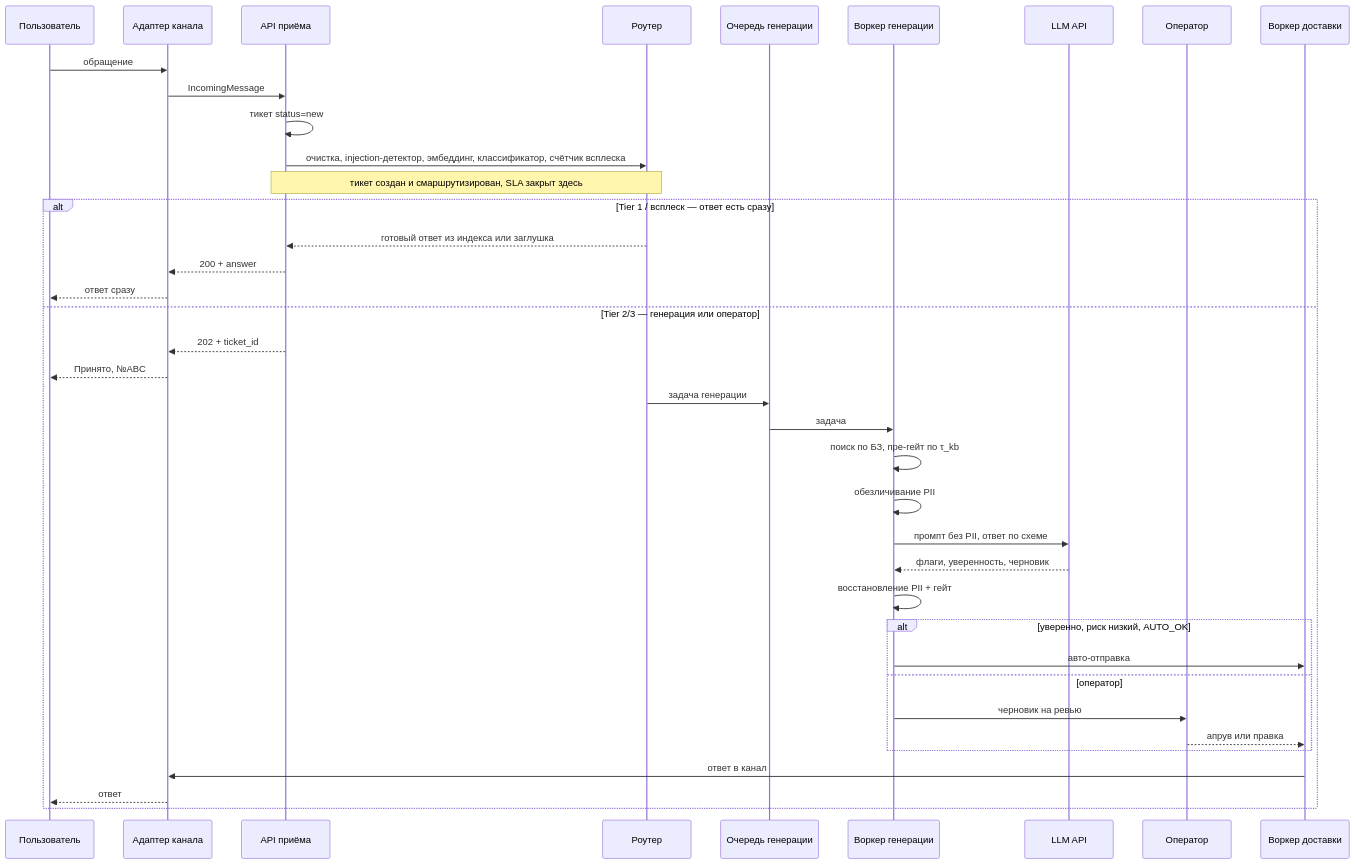
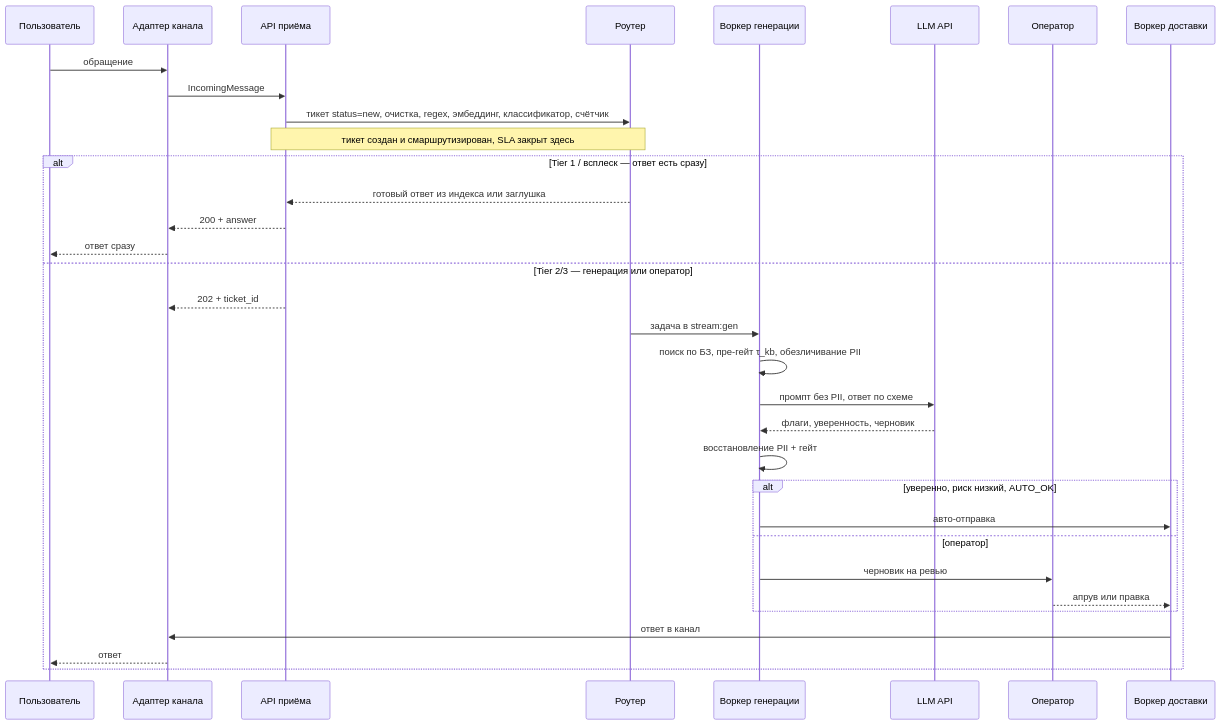
The second of 2 diagrams in docs/architecture.md (marijanbjc/System-Design), drawn with Mermaid before and after one commit. The commit also changed other lines of this file, not shown here.

````diff
--- a/docs/architecture.md
+++ b/docs/architecture.md
@@ -193,41 +158,36 @@
 ```mermaid
 sequenceDiagram
     participant U as Пользователь
     participant A as Адаптер канала
     participant API as API приёма
     participant R as Роутер
-    participant Q as Очередь генерации
     participant G as Воркер генерации
     participant L as LLM API
     participant OP as Оператор
     participant D as Воркер доставки
 
     U->>A: обращение
     A->>API: IncomingMessage
-    API->>API: тикет status=new
-    API->>R: очистка, injection-детектор, эмбеддинг, классификатор, счётчик всплеска
+    API->>R: тикет status=new, очистка, regex, эмбеддинг, классификатор, счётчик
     Note over API,R: тикет создан и смаршрутизирован, SLA закрыт здесь
     alt Tier 1 / всплеск — ответ есть сразу
         R-->>API: готовый ответ из индекса или заглушка
         API-->>A: 200 + answer
         A-->>U: ответ сразу
     else Tier 2/3 — генерация или оператор
         API-->>A: 202 + ticket_id
-        A-->>U: Принято, №ABC
-        R->>Q: задача генерации
-        Q->>G: задача
-        G->>G: поиск по БЗ, пре-гейт по τ_kb
-        G->>G: обезличивание PII
+        R->>G: задача в stream:gen
+        G->>G: поиск по БЗ, пре-гейт τ_kb, обезличивание PII
         G->>L: промпт без PII, ответ по схеме
         L-->>G: флаги, уверенность, черновик
         G->>G: восстановление PII + гейт
         alt уверенно, риск низкий, AUTO_OK
             G->>D: авто-отправка
         else оператор
             G->>OP: черновик на ревью
             OP-->>D: апрув или правка
         end
         D->>A: ответ в канал
         A-->>U: ответ
     end
 ```
````
